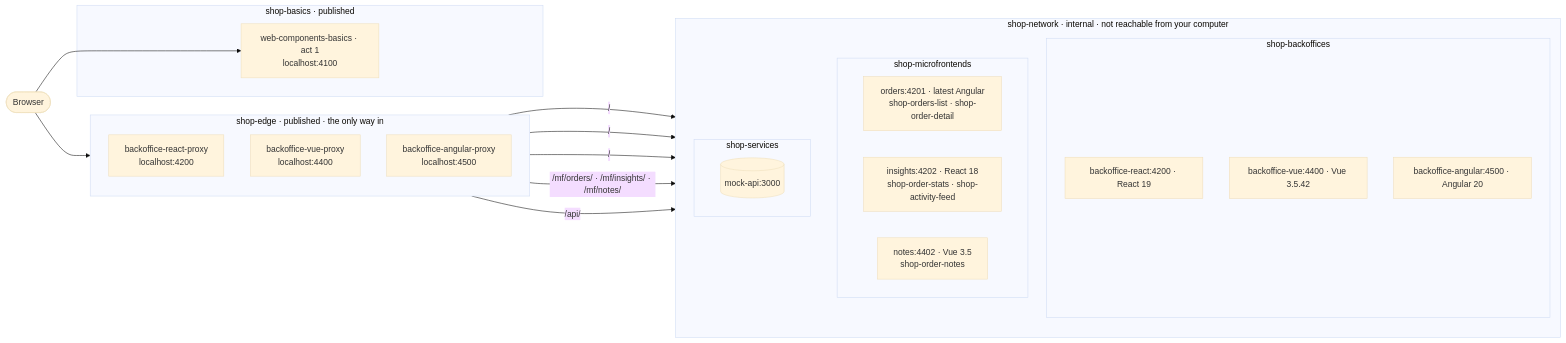
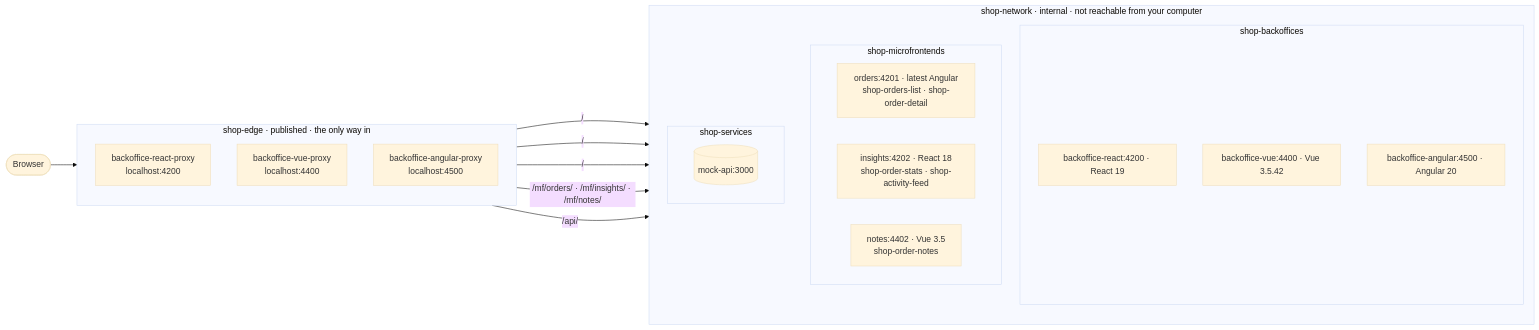
The first of 2 diagrams in README.md (micro-frontend-laboratory/polyglot-microfrontends), drawn with Mermaid (base theme) before and after one commit. The commit also changed other lines of this file and 38 other files, not shown here.

First line of the commit message:
Move act 1 to web-components-fundamentals

````diff
--- a/README.md
+++ b/README.md
@@ -69,40 +54,35 @@
 ```mermaid
 flowchart LR
   browser([Browser])
-
-  subgraph basics[shop-basics · published]
-    wcb[web-components-basics · act 1<br/>localhost:4100]
-  end
 
   subgraph edge[shop-edge · published · the only way in]
     direction TB
     rp[backoffice-react-proxy<br/>localhost:4200]
     vp[backoffice-vue-proxy<br/>localhost:4400]
     ap[backoffice-angular-proxy<br/>localhost:4500]
   end
 
   subgraph net[shop-network · internal · not reachable from your computer]
     direction TB
     subgraph backoffices[shop-backoffices]
       react[backoffice-react:4200 · React 19]
       vue[backoffice-vue:4400 · Vue 3.5.42]
       ng16[backoffice-angular:4500 · Angular 20]
     end
     subgraph mfs[shop-microfrontends]
       orders[orders:4201 · latest Angular<br/>shop-orders-list · shop-order-detail]
       insights[insights:4202 · React 18<br/>shop-order-stats · shop-activity-feed]
       notes[notes:4402 · Vue 3.5<br/>shop-order-notes]
     end
     subgraph services[shop-services]
       api[(mock-api:3000)]
     end
   end
 
-  browser --> wcb
   browser --> edge
   rp -- "/" --> react
   vp -- "/" --> vue
   ap -- "/" --> ng16
   edge -- "/mf/orders/ · /mf/insights/ · /mf/notes/" --> mfs
   edge -- "/api/" --> services
 ```
````
